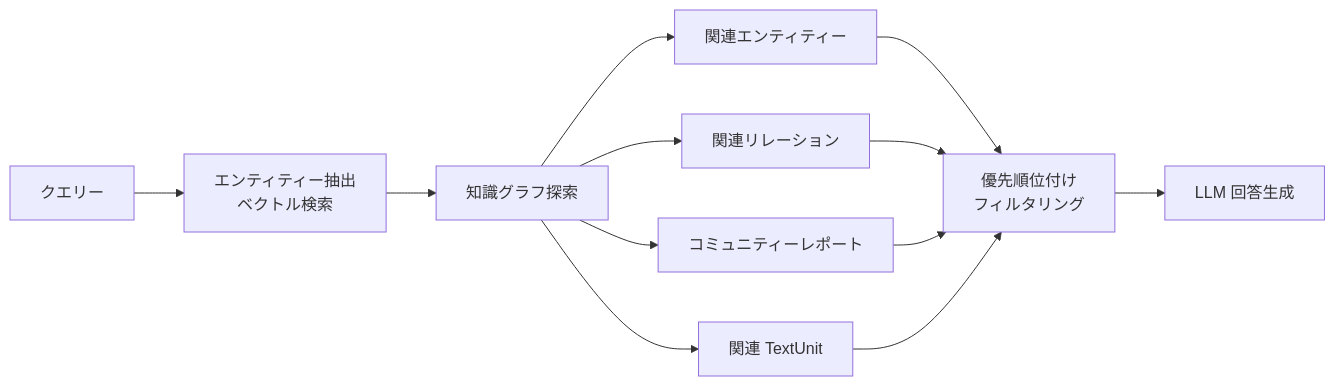
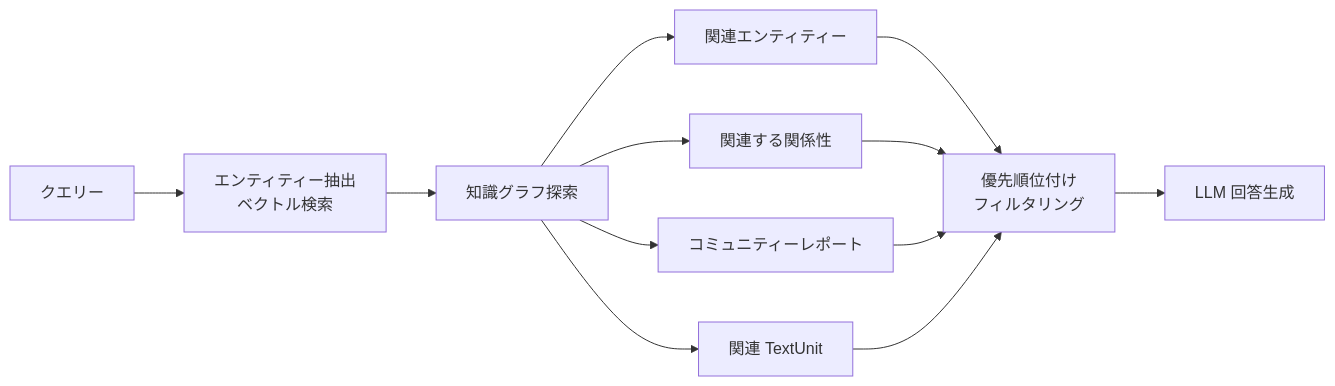
One commit to yoichiozaki/yoichiozaki.github.io changed the fourth of 5 diagrams in content/blog/ja/graphrag.mdx. Above: the diagram before and after it, drawn with Mermaid. The commit also changed other lines of this file and 116 other files, not shown here.

````diff
--- a/content/blog/ja/graphrag.mdx
+++ b/content/blog/ja/graphrag.mdx
@@ -274,14 +266,14 @@
 ```mermaid
 graph LR
     Q[クエリー] --> EE[エンティティー抽出<br/>ベクトル検索]
     EE --> KG[知識グラフ探索]
     KG --> E[関連エンティティー]
-    KG --> R[関連リレーション]
+    KG --> R[関連する関係性]
     KG --> CR[コミュニティーレポート]
     KG --> TU[関連 TextUnit]
     E --> F[優先順位付け<br/>フィルタリング]
     R --> F
     CR --> F
     TU --> F
     F --> LLM[LLM 回答生成]
 ```
````
